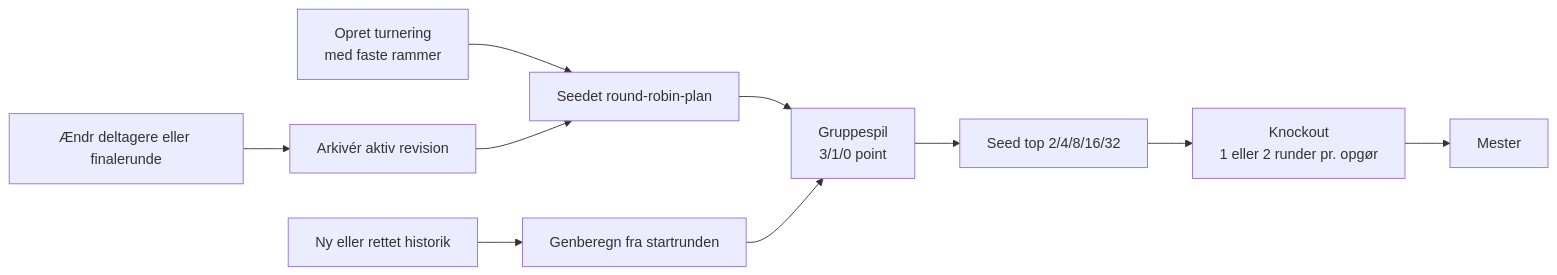
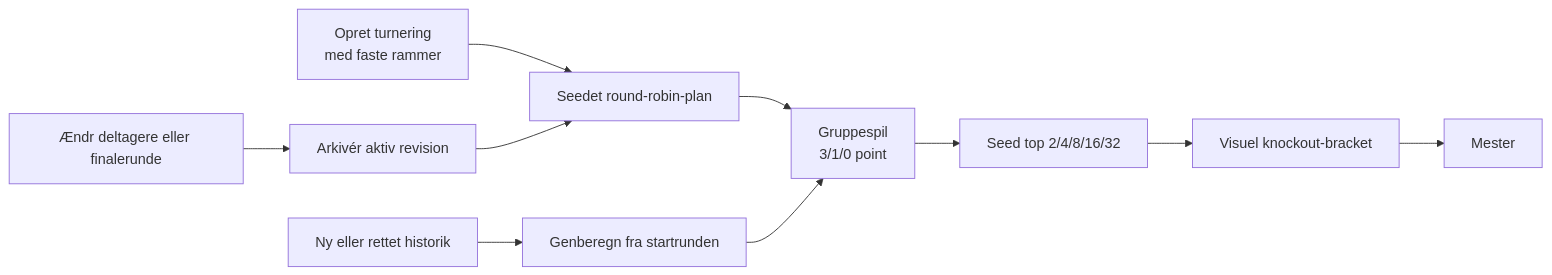
One commit to Peter537/holdet-fantasy-hub changed the diagram in docs/groups-and-tournaments.md. Above: the diagram before and after it, drawn with Mermaid. The commit also changed other lines of this file and 24 other files, not shown here.

````diff
--- a/docs/groups-and-tournaments.md
+++ b/docs/groups-and-tournaments.md
@@ -24,12 +26,12 @@
 ```mermaid
 flowchart LR
     Create["Opret turnering\nmed faste rammer"] --> Draw["Seedet round-robin-plan"]
     Draw --> Group["Gruppespil\n3/1/0 point"]
     Group --> Seed["Seed top 2/4/8/16/32"]
-    Seed --> Knockout["Knockout\n1 eller 2 runder pr. opgør"]
+    Seed --> Knockout["Visuel knockout-bracket"]
     Knockout --> Champion["Mester"]
     Edit["Ændr deltagere eller finalerunde"] --> Archive["Arkivér aktiv revision"]
     Archive --> Draw
     Snapshot["Ny eller rettet historik"] --> Recalculate["Genberegn fra startrunden"]
     Recalculate --> Group
 ```
````
